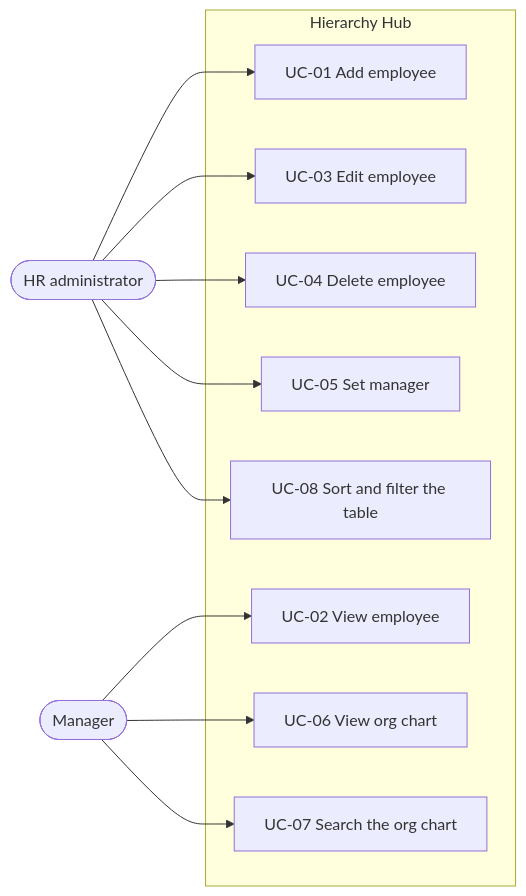
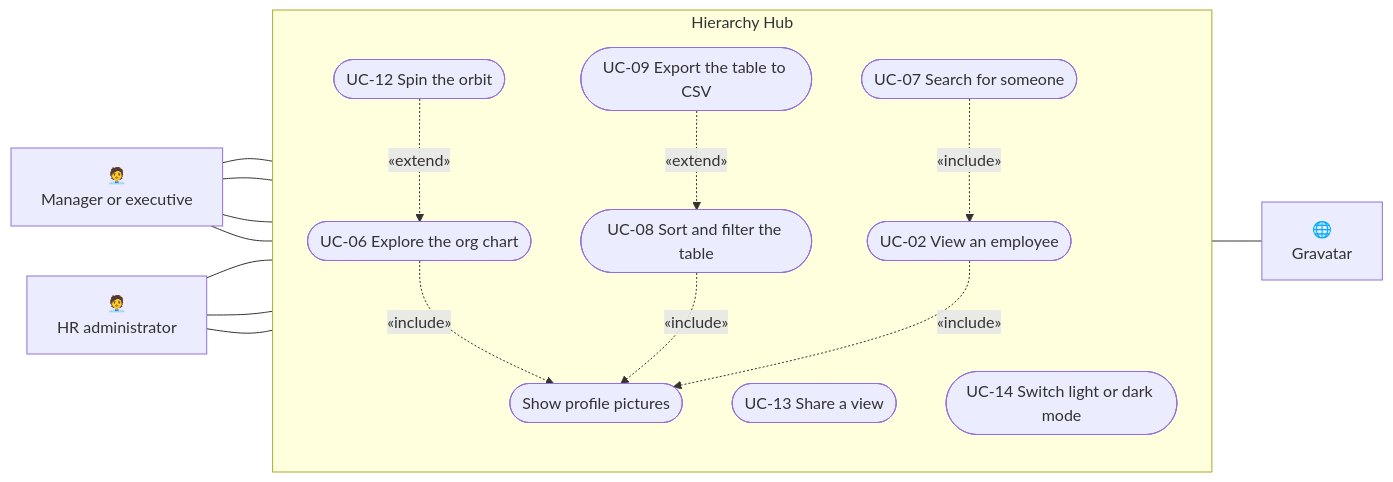
The third of 4 diagrams in docs/srs/SRS.md (Ayush-B99/hierarchyHub), drawn with Mermaid before and after one commit. The commit also changed other lines of this file, not shown here.

Commit message:
Add use case diagrams, statuses and how each requirement is met

````diff
--- a/docs/srs/SRS.md
+++ b/docs/srs/SRS.md
@@ -87,25 +133,36 @@
 ```mermaid
 flowchart LR
-    hr(["HR administrator"])
-    mgr(["Manager"])
+    mgr["🧑‍💼<br/>Manager or executive"]
+    hr["🧑‍💼<br/>HR administrator"]
 
-    subgraph app["Hierarchy Hub"]
-        uc1["UC-01 Add employee"]
-        uc2["UC-02 View employee"]
-        uc3["UC-03 Edit employee"]
-        uc4["UC-04 Delete employee"]
-        uc5["UC-05 Set manager"]
-        uc6["UC-06 View org chart"]
-        uc7["UC-07 Search the org chart"]
-        uc8["UC-08 Sort and filter the table"]
+    subgraph sys["Hierarchy Hub"]
+        direction TB
+        uc2(["UC-02 View an employee"])
+        uc6(["UC-06 Explore the org chart"])
+        uc12(["UC-12 Spin the orbit"])
+        uc7(["UC-07 Search for someone"])
+        uc8(["UC-08 Sort and filter the table"])
+        uc9(["UC-09 Export the table to CSV"])
+        uc13(["UC-13 Share a view"])
+        uc14(["UC-14 Switch light or dark mode"])
+        pic(["Show profile pictures"])
     end
 
-    hr --> uc1
-    hr --> uc3
-    hr --> uc4
-    hr --> uc5
-    hr --> uc8
-    mgr --> uc2
-    mgr --> uc6
-    mgr --> uc7
+    grav["🌐<br/>Gravatar"]
+
+    mgr --- uc6
+    mgr --- uc7
+    mgr --- uc2
+    mgr --- uc14
+    hr --- uc8
+    hr --- uc9
+    hr --- uc13
+
+    uc12 -.->|"«extend»"| uc6
+    uc7 -.->|"«include»"| uc2
+    uc9 -.->|"«extend»"| uc8
+    uc6 -.->|"«include»"| pic
+    uc8 -.->|"«include»"| pic
+    uc2 -.->|"«include»"| pic
+    pic --- grav
 ```
````
